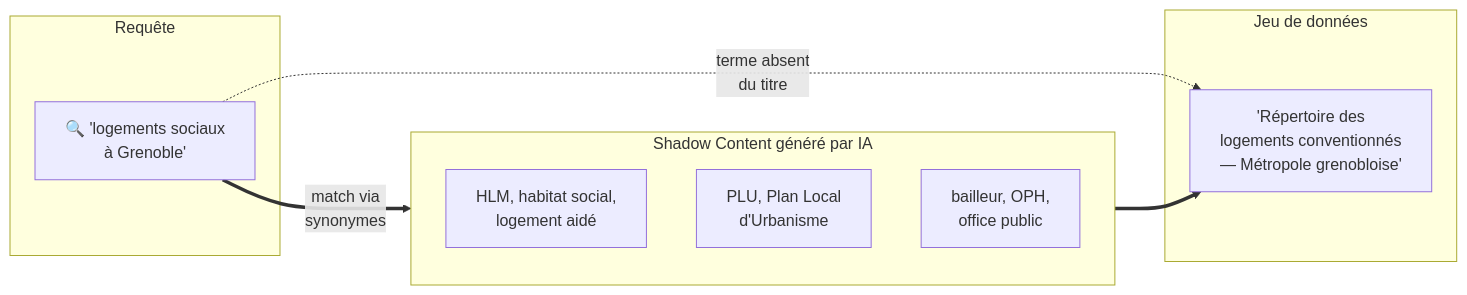
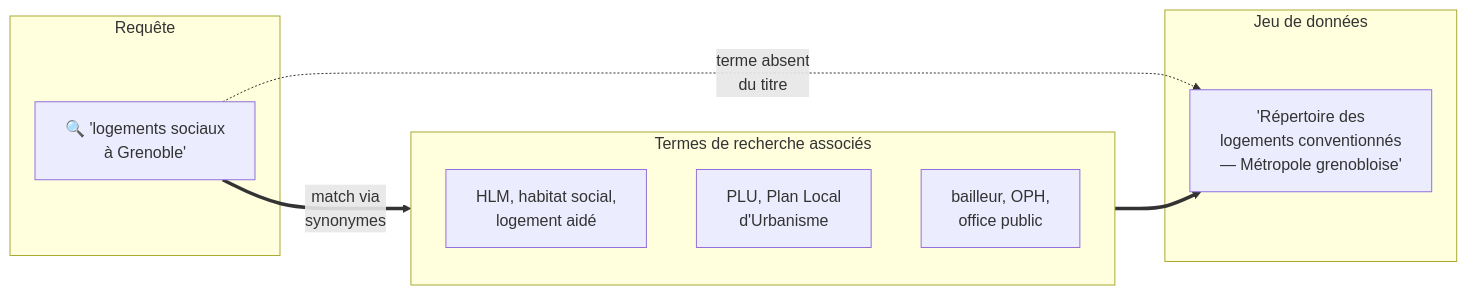
One commit to data-fair/data-fair changed the first of 4 diagrams in docs/architecture/data-catalog-exploration.md. Above: the diagram before and after it, drawn with Mermaid. The commit also changed other lines of this file and 95 other files, not shown here.

````diff
--- a/docs/architecture/data-catalog-exploration.md
+++ b/docs/architecture/data-catalog-exploration.md
@@ -28,20 +55,20 @@
 ```mermaid
 flowchart LR
     subgraph Requête
         Q["🔍 'logements sociaux\nà Grenoble'"]
     end
 
-    subgraph Shadow["Shadow Content généré par IA"]
+    subgraph Shadow["Termes de recherche associés"]
         S1["HLM, habitat social,\nlogement aidé"]
         S2["PLU, Plan Local\nd'Urbanisme"]
         S3["bailleur, OPH,\noffice public"]
     end
 
     subgraph Dataset["Jeu de données"]
         T["'Répertoire des\nlogements conventionnés\n— Métropole grenobloise'"]
     end
 
     Q -.->|"terme absent\ndu titre"| T
     Q ==>|"match via\nsynonymes"| Shadow
     Shadow ==> T
 ```
````
